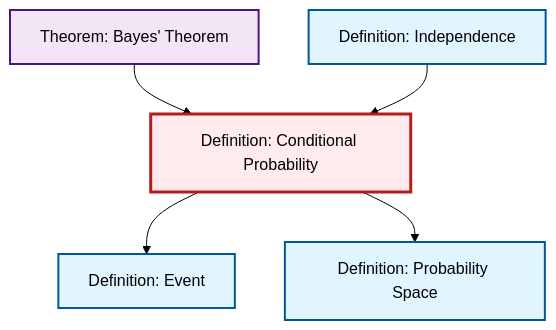
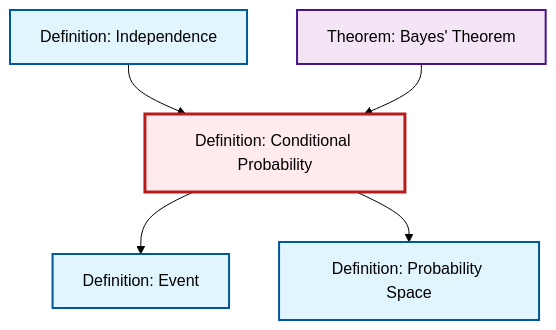
One commit to RK0429/ModernMath changed the diagram in content/en/probability-statistics/def-conditional-probability.qmd. Above: the diagram before and after it, drawn with Mermaid (forest theme). The commit also changed other lines of this file and 634 other files, not shown here.

````diff
--- a/content/en/probability-statistics/def-conditional-probability.qmd
+++ b/content/en/probability-statistics/def-conditional-probability.qmd
@@ -69,23 +69,23 @@
 ```{mermaid}
 %%| fig-cap: "Local dependency graph"
 graph TD
     classDef definition fill:#e1f5fe,stroke:#01579b,stroke-width:2px
     classDef theorem fill:#f3e5f5,stroke:#4a148c,stroke-width:2px
     classDef axiom fill:#fff3e0,stroke:#e65100,stroke-width:2px
     classDef example fill:#e8f5e9,stroke:#1b5e20,stroke-width:2px
     classDef current fill:#ffebee,stroke:#b71c1c,stroke-width:3px
+    def-independence["Definition: Independence"]:::definition
+    def-conditional-probability["Definition: Conditional Probability"]:::definition
     thm-bayes["Theorem: Bayes' Theorem"]:::theorem
+    def-probability-space["Definition: Probability Space"]:::definition
     def-event["Definition: Event"]:::definition
-    def-conditional-probability["Definition: Conditional Probability"]:::definition
-    def-probability-space["Definition: Probability Space"]:::definition
-    def-independence["Definition: Independence"]:::definition
+    def-independence --> def-conditional-probability
     def-conditional-probability --> def-event
     thm-bayes --> def-conditional-probability
     def-conditional-probability --> def-probability-space
-    def-independence --> def-conditional-probability
     class def-conditional-probability current
+    click def-independence "def-independence.html" "Go to Independence definition"
     click thm-bayes "thm-bayes.html" "Go to Bayes' Theorem theorem"
+    click def-probability-space "def-probability-space.html" "Go to Probability Space definition"
     click def-event "def-event.html" "Go to Event definition"
-    click def-probability-space "def-probability-space.html" "Go to Probability Space definition"
-    click def-independence "def-independence.html" "Go to Independence definition"
 ```
````
